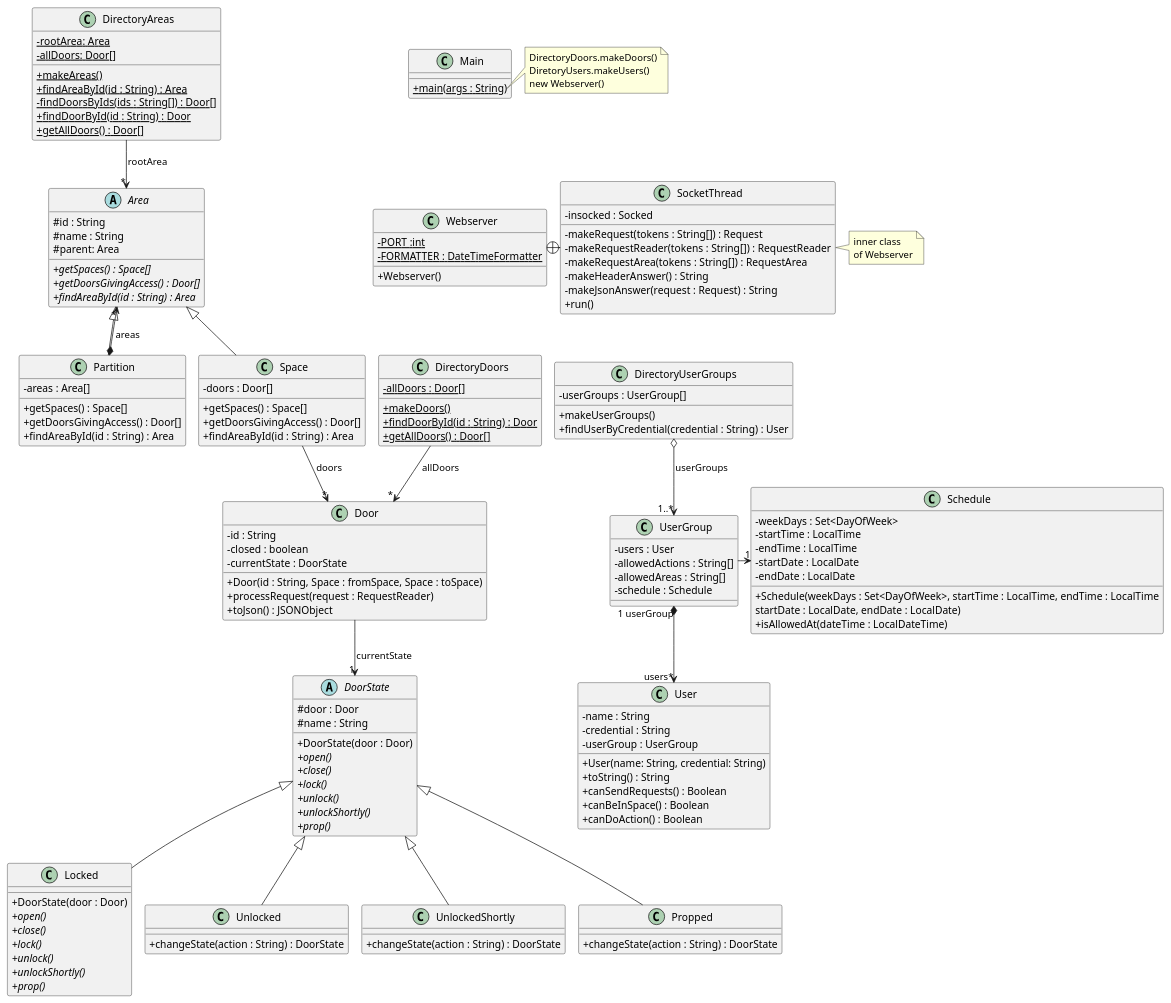
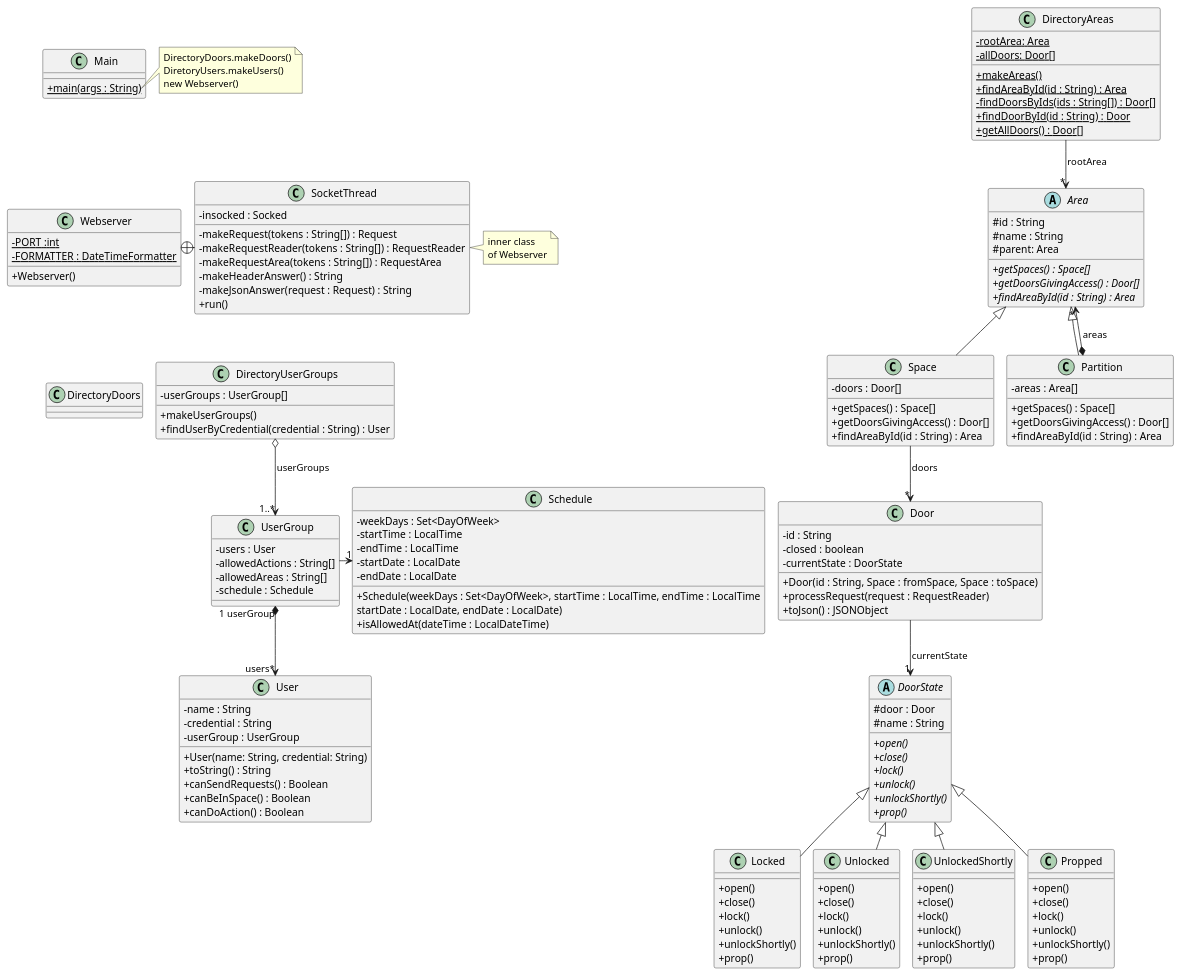
One commit to cantepoler/acs_uab changed the diagram in src/baseNoStates/uml/base_no_states.puml. Above: the diagram before and after it, drawn with PlantUML. The commit also changed 5 other files, not shown here.

```diff
--- a/src/baseNoStates/uml/base_no_states.puml
+++ b/src/baseNoStates/uml/base_no_states.puml
@@ -1,181 +1,185 @@
 @startuml
 'https://plantuml.com/class-diagram
 skinparam classAttributeIconSize 0
 !pragma layout smetana
 
 class Webserver {
 - {static} PORT :int
 - {static} FORMATTER : DateTimeFormatter
 + Webserver()
 }
 
 class SocketThread {
 - insocked : Socked
 - makeRequest(tokens : String[]) : Request
 - makeRequestReader(tokens : String[]) : RequestReader
 - makeRequestArea(tokens : String[]) : RequestArea
 - makeHeaderAnswer() : String
 - makeJsonAnswer(request : Request) : String
 + run()
 }
 
 Webserver +-right- SocketThread
 
 note right of SocketThread
 inner class
 of Webserver
 end note
 
 class DirectoryAreas
 {
 {static}-rootArea: Area
 {static}-allDoors: Door[]
 {static}+makeAreas()
 {static}+findAreaById(id : String) : Area
 {static}-findDoorsByIds(ids : String[]) : Door[]
 {static}+findDoorById(id : String) : Door
 {static}+getAllDoors() : Door[]
 }
 
 DirectoryAreas --> "*" Area : "rootArea"
-
-class DirectoryDoors {
-- {static} allDoors : Door[]
-+ {static} makeDoors()
-+ {static} findDoorById(id : String) : Door
-+ {static} getAllDoors() : Door[]
-}
-
-DirectoryDoors --> "*" Door : "allDoors"
 
 class Door {
 - id : String
 - closed : boolean
 - currentState : DoorState
 + Door(id : String, Space : fromSpace, Space : toSpace)
 + processRequest(request : RequestReader)
 + toJson() : JSONObject
 
 '+ toString() : String
 '+ isClosed() :boolean
 '+ setClosed(b : boolean)
 '+ getStateName() : String
 
 }
 
 class DirectoryUserGroups {
 - userGroups : UserGroup[]
 + makeUserGroups()
 + findUserByCredential(credential : String) : User
 }
 
 DirectoryUserGroups o--> "1..*" UserGroup : "userGroups"
 UserGroup "1 userGroup"*-->"users*" User
 
 class UserGroup {
 - users : User
 - allowedActions : String[]
 - allowedAreas : String[]
 - schedule : Schedule
 }
 
 UserGroup -right->"1" Schedule
 
 class Schedule {
 - weekDays : Set<DayOfWeek>
 - startTime : LocalTime
 - endTime : LocalTime
 - startDate : LocalDate
 - endDate : LocalDate
 
 + Schedule(weekDays : Set<DayOfWeek>, startTime : LocalTime, endTime : LocalTime
     startDate : LocalDate, endDate : LocalDate)
 + isAllowedAt(dateTime : LocalDateTime)
 }
 
 class User {
 - name : String
 - credential : String
 - userGroup : UserGroup
 + User(name: String, credential: String)
 + toString() : String
 + canSendRequests() : Boolean
 + canBeInSpace() : Boolean
 + canDoAction() : Boolean
 }
 
 
 class Main {
 + {static} main(args : String)
 }
 
 abstract DoorState{
 # door : Door
 # name : String
-+ DoorState(door : Door)
 {abstract}+ open()
 {abstract}+ close()
 {abstract}+ lock()
 {abstract}+ unlock()
 {abstract}+ unlockShortly()
 {abstract}+ prop()
 }
 
 class Locked extends DoorState{
-+ DoorState(door : Door)
-{abstract}+ open()
-{abstract}+ close()
-{abstract}+ lock()
-{abstract}+ unlock()
-{abstract}+ unlockShortly()
-{abstract}+ prop()
++ open()
++ close()
++ lock()
++ unlock()
++ unlockShortly()
++ prop()
 }
 
 class Unlocked extends DoorState{
-+ changeState(action : String) : DoorState
++ open()
++ close()
++ lock()
++ unlock()
++ unlockShortly()
++ prop()
 }
 
 class UnlockedShortly extends DoorState{
-+ changeState(action : String) : DoorState
++ open()
++ close()
++ lock()
++ unlock()
++ unlockShortly()
++ prop()
 }
 
 class Propped extends DoorState{
-+ changeState(action : String) : DoorState
++ open()
++ close()
++ lock()
++ unlock()
++ unlockShortly()
++ prop()
 }
 
 abstract Area{
 #id : String
 #name : String
 #parent: Area
 {abstract}+ getSpaces() : Space[]
 {abstract}+ getDoorsGivingAccess() : Door[]
 {abstract}+ findAreaById(id : String) : Area
 }
 
 class Space extends Area{
 - doors : Door[]
 + getSpaces() : Space[]
 + getDoorsGivingAccess() : Door[]
 + findAreaById(id : String) : Area
 }
 
 class Partition extends Area{
 - areas : Area[]
 + getSpaces() : Space[]
 + getDoorsGivingAccess() : Door[]
 + findAreaById(id : String) : Area
 }
 
 note right of Main::main
 DirectoryDoors.makeDoors()
 DiretoryUsers.makeUsers()
 new Webserver()
 end note
 
 Main -[hidden]down- Webserver
 Webserver -[hidden]down- DirectoryDoors
 DirectoryDoors -[hidden]right- DirectoryUserGroups
 Door -->"1" DoorState : currentState
 Partition *-->"*" Area : areas
 Space -->"*" Door : doors
 @enduml
```
